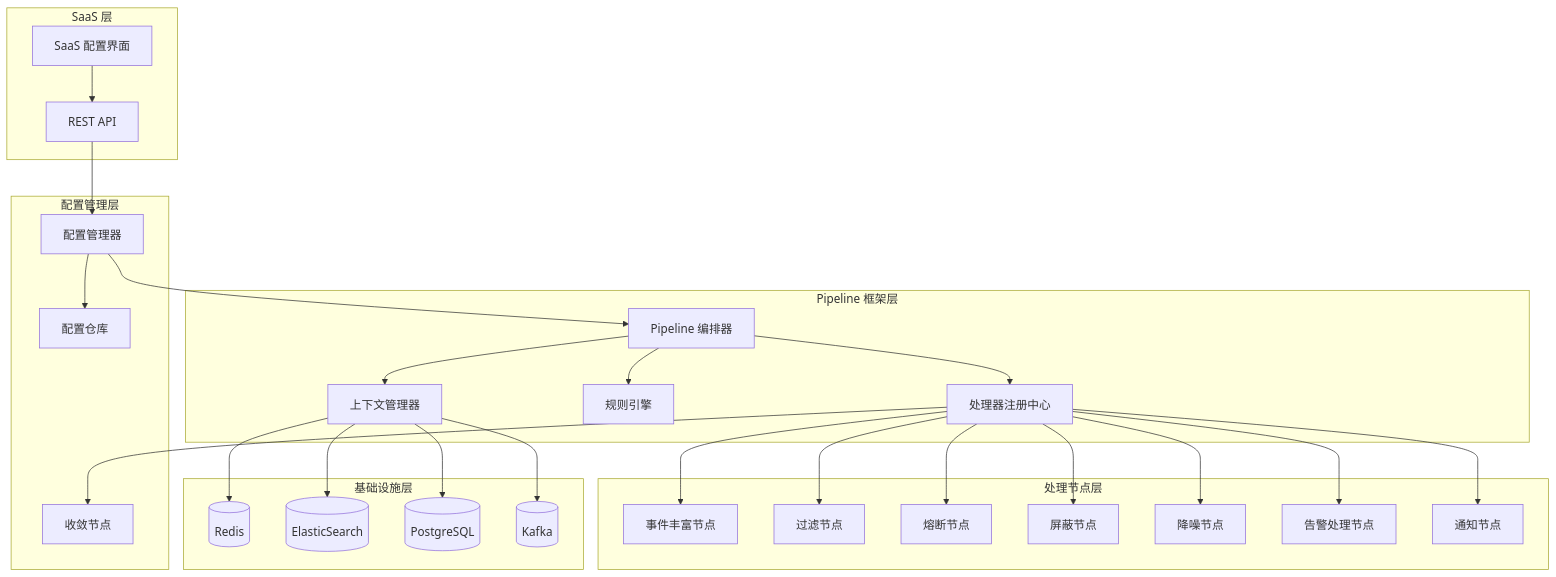
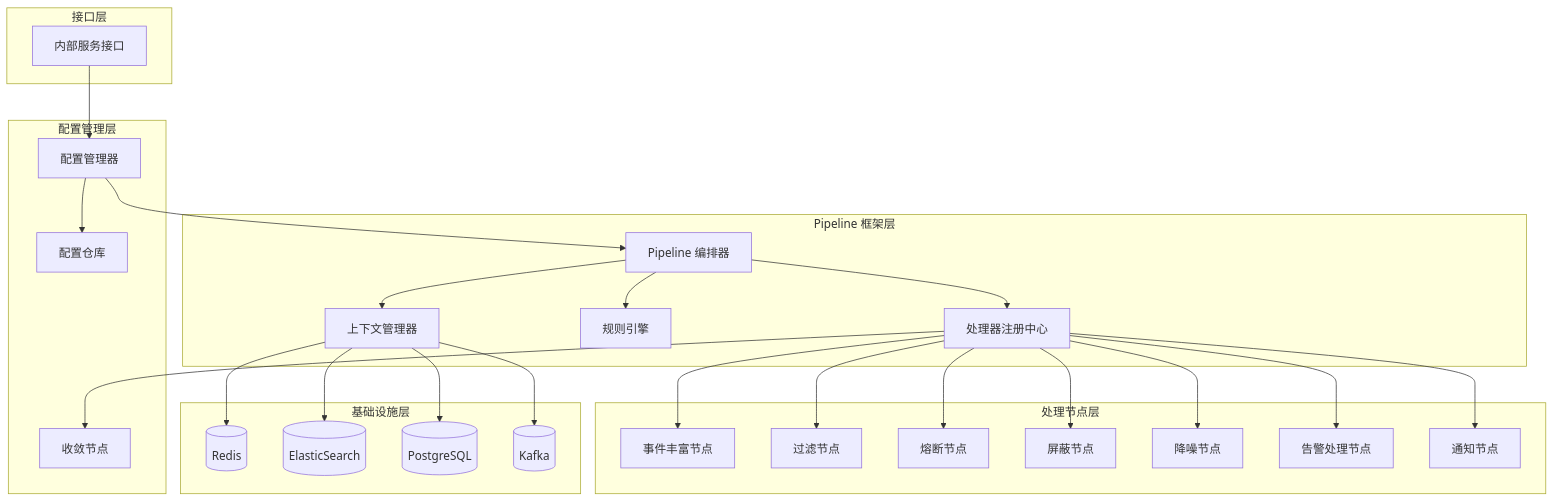
Before and after one commit to HACK-WU/bk-monitor: the first of 12 diagrams in bkmonitor/alarm_backends/alertFlowEngine.md, drawn with Mermaid. The commit also changed other lines of this file and 25 other files, not shown here.

````diff
--- a/bkmonitor/alarm_backends/alertFlowEngine.md
+++ b/bkmonitor/alarm_backends/alertFlowEngine.md
@@ -39,59 +40,57 @@
 ```mermaid
 graph TB
-    subgraph "SaaS 层"
-        UI[SaaS 配置界面]
-        API[REST API]
+    subgraph "接口层"
+        API[内部服务接口]
     end
     
     subgraph "配置管理层"
         CM[配置管理器]
         CV[配置验证器]
         CR[配置仓库]
     end
     
     subgraph "Pipeline 框架层"
         PO[Pipeline 编排器]
         PR[处理器注册中心]
         RE[规则引擎]
         CT[上下文管理器]
     end
     
     subgraph "处理节点层"
         EN[事件丰富节点]
         FL[过滤节点]
         CB[熔断节点]
         SH[屏蔽节点]
         CV[收敛节点]
         NO[降噪节点]
         AL[告警处理节点]
         NT[通知节点]
     end
     
     subgraph "基础设施层"
         RED[(Redis)]
         ES[(ElasticSearch)]
         PG[(PostgreSQL)]
         KAF[(Kafka)]
     end
     
-    UI --> API
     API --> CM
     CM --> CR
     CM --> PO
     PO --> PR
     PO --> RE
     PO --> CT
     PR --> EN
     PR --> FL
     PR --> CB
     PR --> SH
     PR --> CV
     PR --> NO
     PR --> AL
     PR --> NT
     
     CT --> RED
     CT --> ES
     CT --> PG
     CT --> KAF
 ```
````
